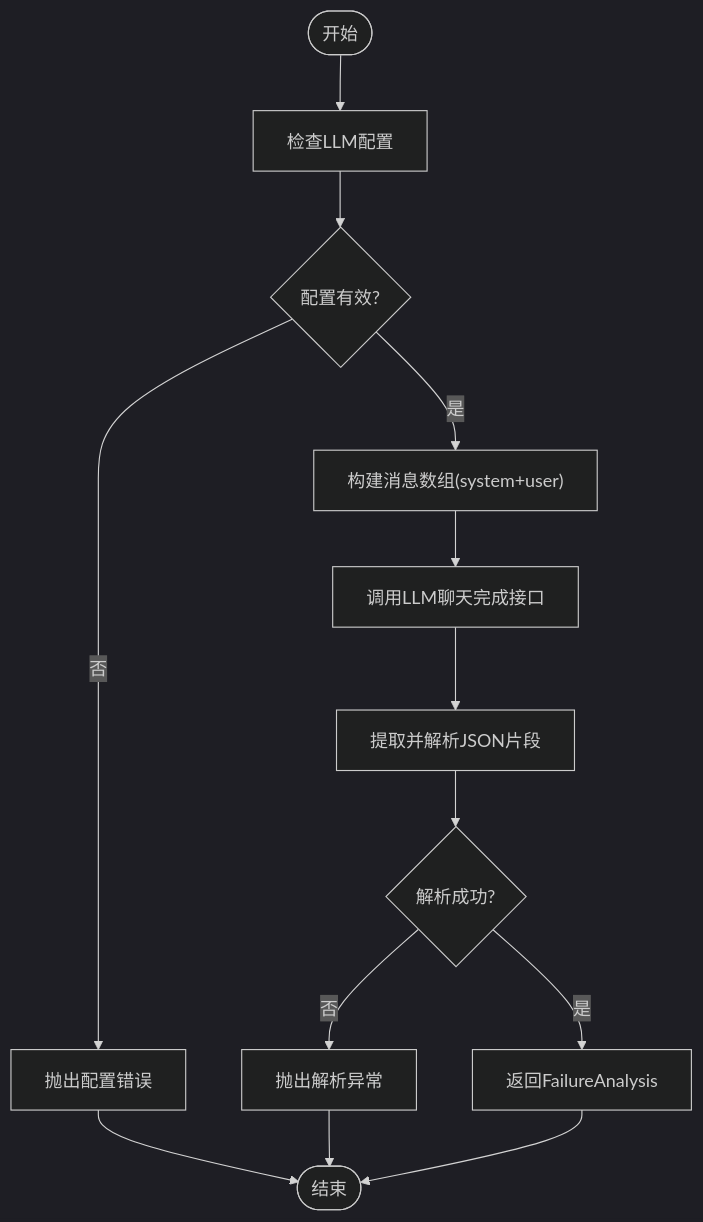
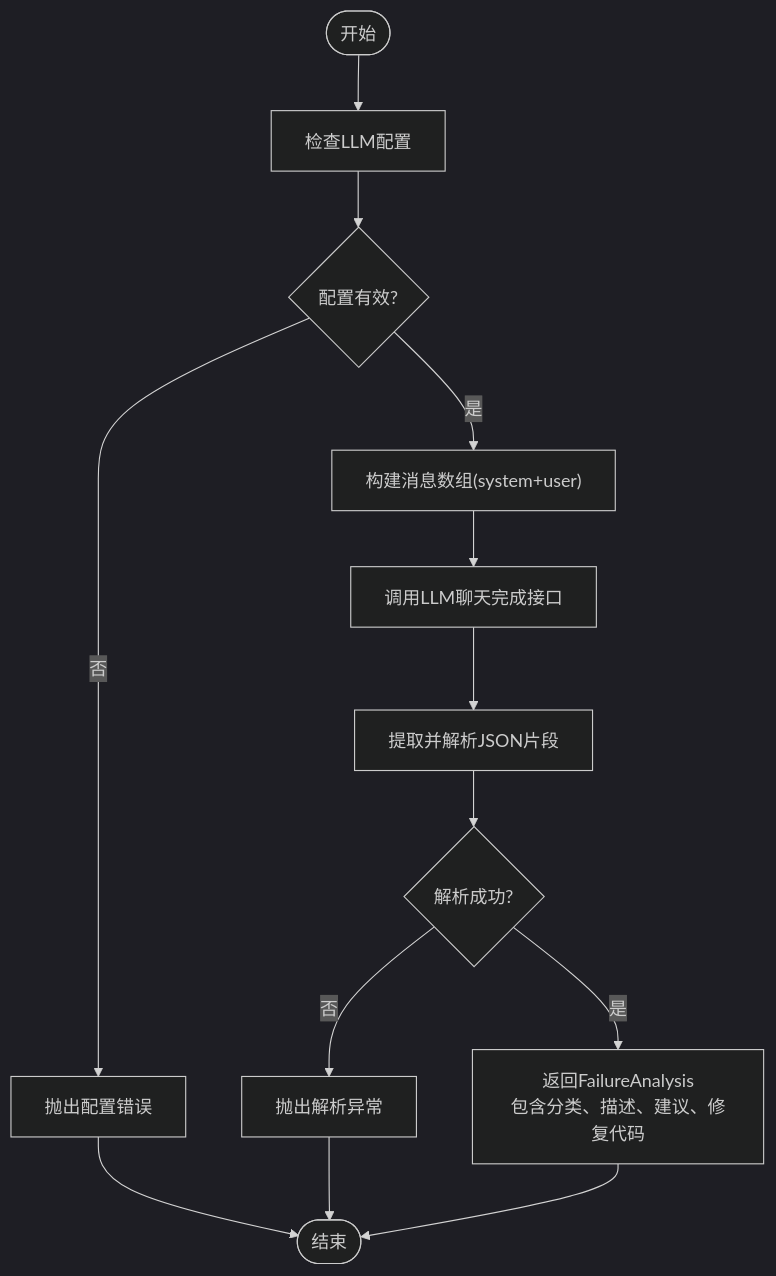
One commit to zzgoviziwind/--playwright changed the third of 6 diagrams in .qoder/repowiki/zh/content/AI测试生成系统/AI失败分析工具.md. Above: the diagram before and after it, drawn with Mermaid (dark theme). The commit also changed other lines of this file and 112 other files, not shown here.

````diff
--- a/.qoder/repowiki/zh/content/AI测试生成系统/AI失败分析工具.md
+++ b/.qoder/repowiki/zh/content/AI测试生成系统/AI失败分析工具.md
@@ -154,15 +178,15 @@
 ```mermaid
 flowchart TD
 Start(["开始"]) --> CheckEnv["检查LLM配置"]
 CheckEnv --> EnvOK{"配置有效?"}
 EnvOK --> |否| ThrowErr["抛出配置错误"]
 EnvOK --> |是| BuildMsg["构建消息数组(system+user)"]
 BuildMsg --> CallLLM["调用LLM聊天完成接口"]
 CallLLM --> ParseResp["提取并解析JSON片段"]
 ParseResp --> Valid{"解析成功?"}
 Valid --> |否| ThrowParseErr["抛出解析异常"]
-Valid --> |是| ReturnRes["返回FailureAnalysis"]
+Valid --> |是| ReturnRes["返回FailureAnalysis<br/>包含分类、描述、建议、修复代码"]
 ThrowErr --> End(["结束"])
 ThrowParseErr --> End
 ReturnRes --> End
 ```
````
